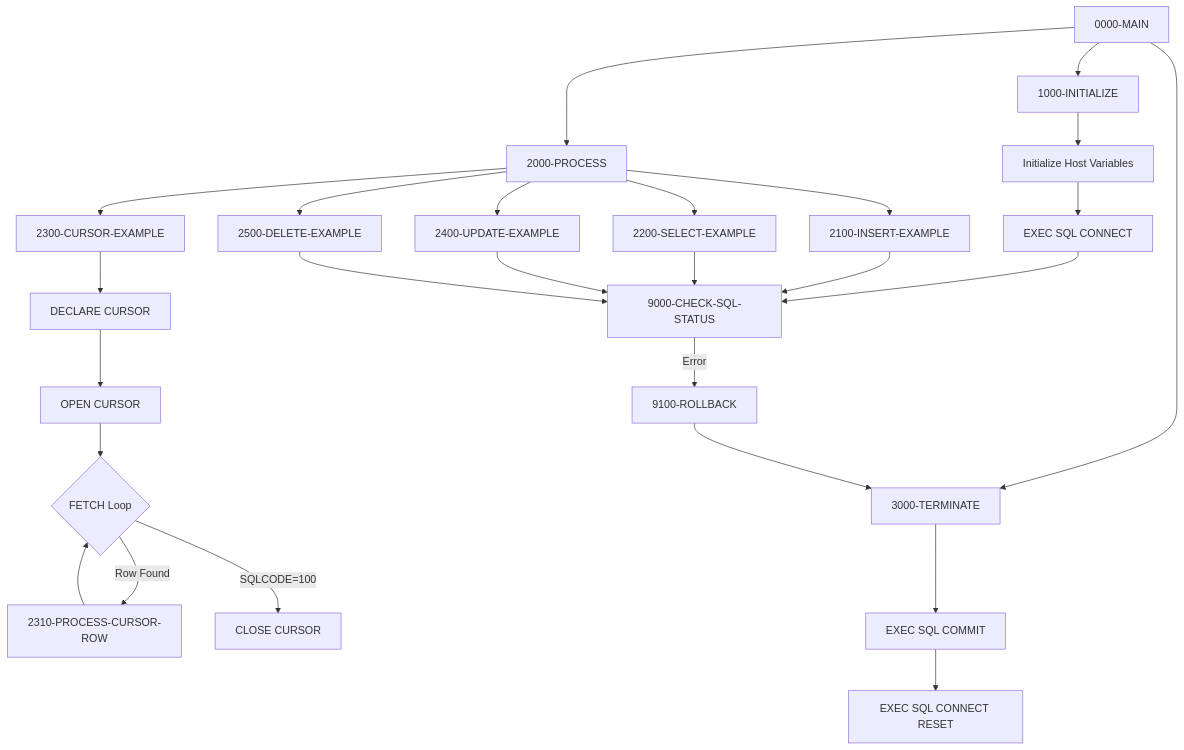
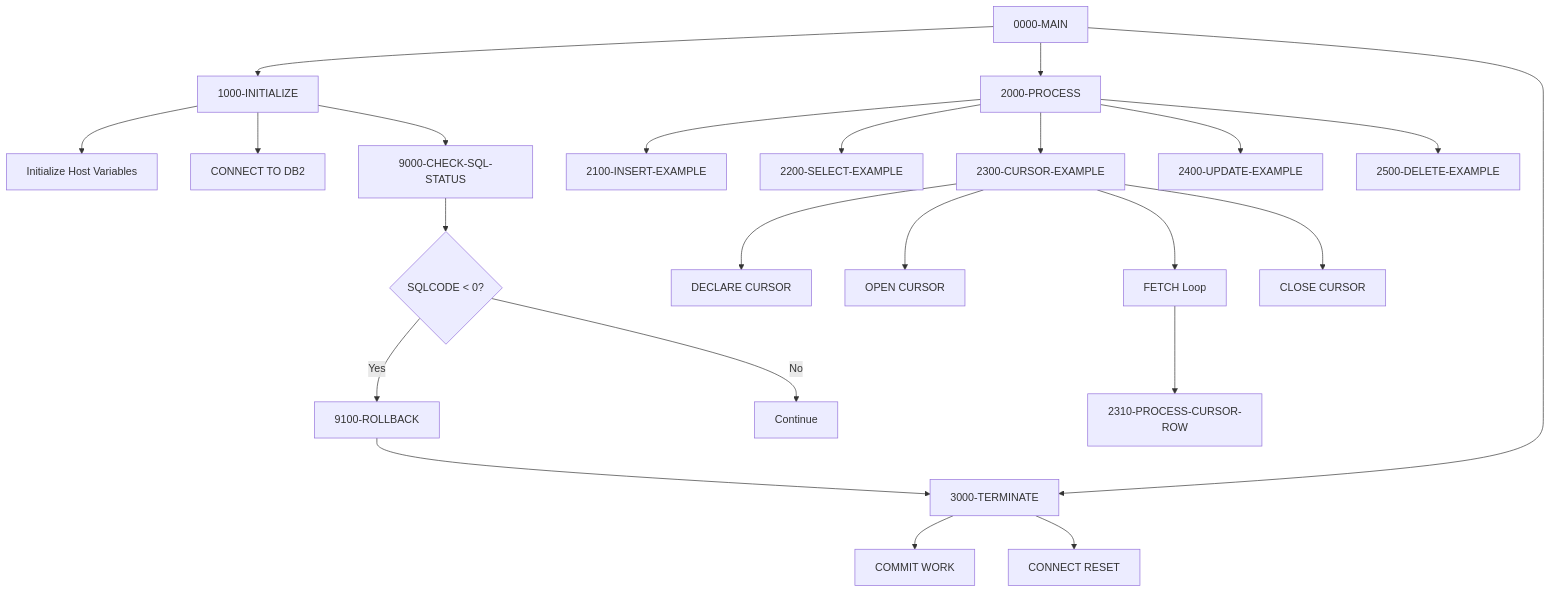
Before and after one commit to haladir-com/legacy-benchmark-docs-vb70e1: the diagram in docs/programs/DB2-HANDLING.mdx, drawn with Mermaid. The commit also changed other lines of this file and 63 other files, not shown here.

````diff
--- a/docs/programs/DB2-HANDLING.mdx
+++ b/docs/programs/DB2-HANDLING.mdx
@@ -20,34 +26,30 @@
 ```mermaid
 graph TD
     A[0000-MAIN] --> B[1000-INITIALIZE]
     A --> C[2000-PROCESS]
     A --> D[3000-TERMINATE]
     
     B --> B1[Initialize Host Variables]
-    B1 --> B2[EXEC SQL CONNECT]
-    B2 --> B3[9000-CHECK-SQL-STATUS]
+    B --> B2[CONNECT TO DB2]
+    B --> B3[9000-CHECK-SQL-STATUS]
     
     C --> C1[2100-INSERT-EXAMPLE]
     C --> C2[2200-SELECT-EXAMPLE]
     C --> C3[2300-CURSOR-EXAMPLE]
     C --> C4[2400-UPDATE-EXAMPLE]
     C --> C5[2500-DELETE-EXAMPLE]
     
-    C1 --> B3
-    C2 --> B3
-    C4 --> B3
-    C5 --> B3
+    C3 --> C3A[DECLARE CURSOR]
+    C3 --> C3B[OPEN CURSOR]
+    C3 --> C3C[FETCH Loop]
+    C3C --> C3D[2310-PROCESS-CURSOR-ROW]
+    C3 --> C3E[CLOSE CURSOR]
     
-    C3 --> C3A[DECLARE CURSOR]
-    C3A --> C3B[OPEN CURSOR]
-    C3B --> C3C{FETCH Loop}
-    C3C --> |Row Found| C3D[2310-PROCESS-CURSOR-ROW]
-    C3D --> C3C
-    C3C --> |SQLCODE=100| C3E[CLOSE CURSOR]
+    D --> D1[COMMIT WORK]
+    D --> D2[CONNECT RESET]
     
-    D --> D1[EXEC SQL COMMIT]
-    D1 --> D2[EXEC SQL CONNECT RESET]
-    
-    B3 --> |Error| E[9100-ROLLBACK]
-    E --> D
+    B3 --> E{SQLCODE < 0?}
+    E -->|Yes| F[9100-ROLLBACK]
+    F --> D
+    E -->|No| G[Continue]
 ```
````
